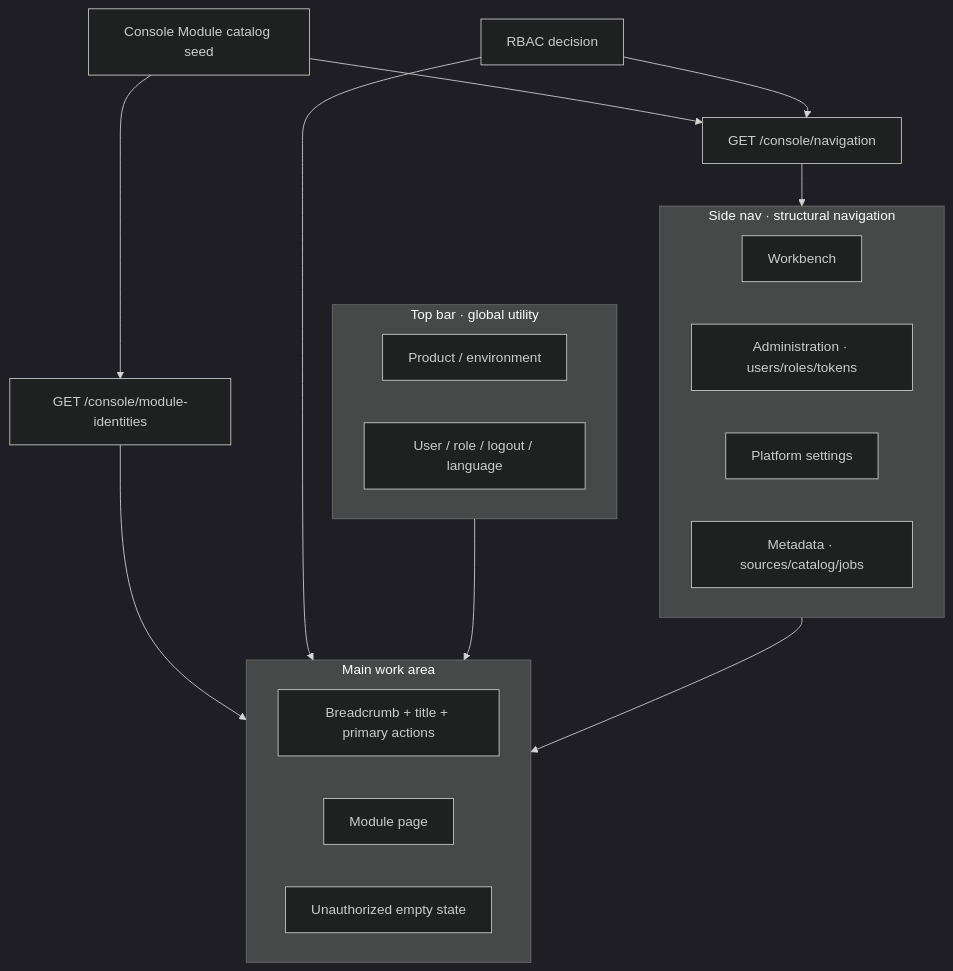
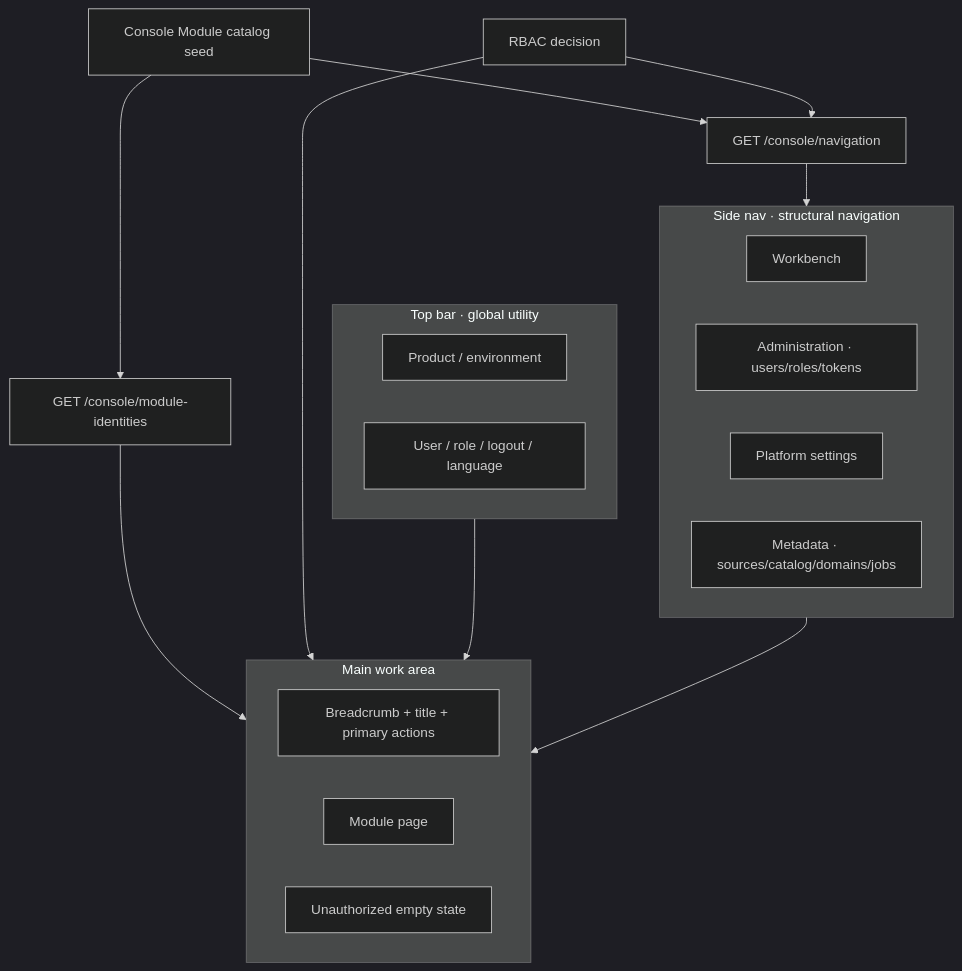
One commit to hughluang/refraq changed the diagram in docs/business-management-console.md. Above: the diagram before and after it, drawn with Mermaid (dark theme). The commit also changed other lines of this file and 46 other files, not shown here.

````diff
--- a/docs/business-management-console.md
+++ b/docs/business-management-console.md
@@ -135,29 +135,29 @@
 ```mermaid
 flowchart TB
   subgraph TopBar["Top bar · global utility"]
     Brand["Product / environment"]
     UserMenu["User / role / logout / language"]
   end
 
   subgraph SideNav["Side nav · structural navigation"]
     G1["Workbench"]
     G2["Administration · users/roles/tokens"]
     G3["Platform settings"]
-    G4["Metadata · sources/catalog/jobs"]
+    G4["Metadata · sources/catalog/domains/jobs"]
   end
 
   subgraph Main["Main work area"]
     Chrome["Breadcrumb + title + primary actions"]
     Body["Module page"]
     Empty["Unauthorized empty state"]
   end
 
   Catalog["Console Module catalog seed"] --> NavAPI["GET /console/navigation"]
   Catalog --> IdAPI["GET /console/module-identities"]
   RBAC["RBAC decision"] --> NavAPI
   NavAPI --> SideNav
   IdAPI --> Main
   RBAC --> Main
   TopBar --> Main
   SideNav --> Main
 ```
````
